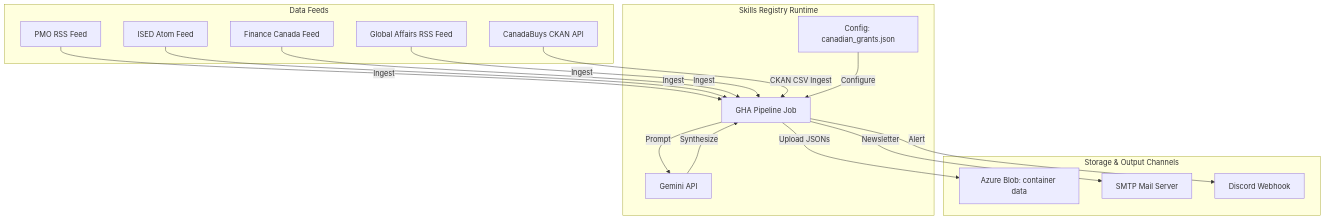
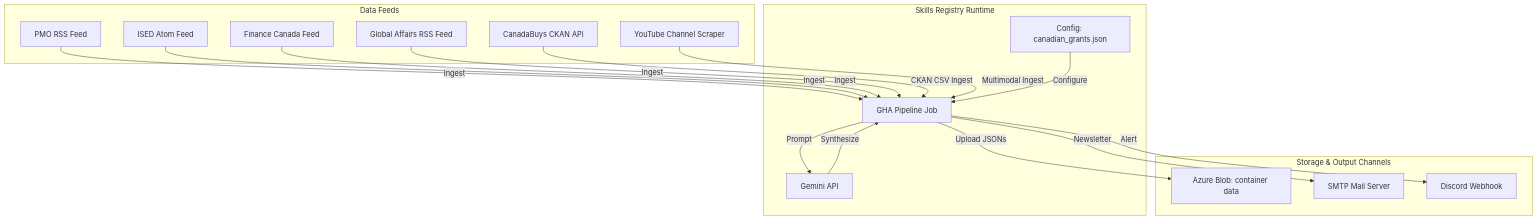
The first of 2 diagrams in docs/architecture_arc42_grants.md (4mayAi/canadian-grant-intelligence), drawn with Mermaid before and after one commit. The commit also changed other lines of this file and 7 other files, not shown here.

Commit message:
feat: Integrate YouTube channel ingestion and video enrichment with clean formatting

````diff
--- a/docs/architecture_arc42_grants.md
+++ b/docs/architecture_arc42_grants.md
@@ -49,36 +50,38 @@
 ```mermaid
 graph TD
     subgraph Data Feeds
         PM[PMO RSS Feed]
         IS[ISED Atom Feed]
         FC[Finance Canada Feed]
         GA[Global Affairs RSS Feed]
         CB[CanadaBuys CKAN API]
+        YT[YouTube Channel Scraper]
     end
 
     subgraph Skills Registry Runtime
         Job[GHA Pipeline Job]
         Cfg[Config: canadian_grants.json]
         LLM[Gemini API]
     end
 
     subgraph Storage & Output Channels
         AZ[Azure Blob: container data]
         SMTP[SMTP Mail Server]
         DIS[Discord Webhook]
     end
 
     PM -->|Ingest| Job
     IS -->|Ingest| Job
     FC -->|Ingest| Job
     GA -->|Ingest| Job
     CB -->|CKAN CSV Ingest| Job
+    YT -->|Multimodal Ingest| Job
 
     Cfg -->|Configure| Job
     Job -->|Prompt| LLM
     LLM -->|Synthesize| Job
 
     Job -->|Alert| DIS
     Job -->|Upload JSONs| AZ
     Job -->|Newsletter| SMTP
 ```
````
